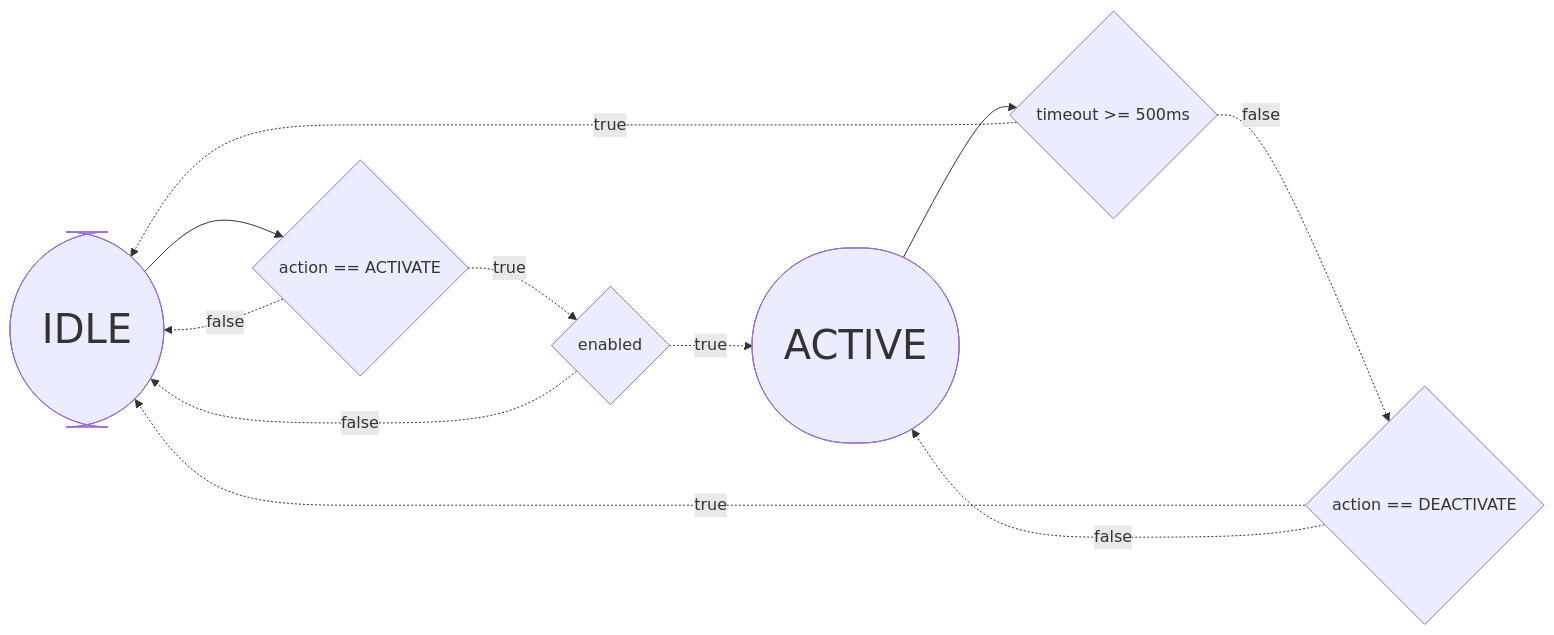
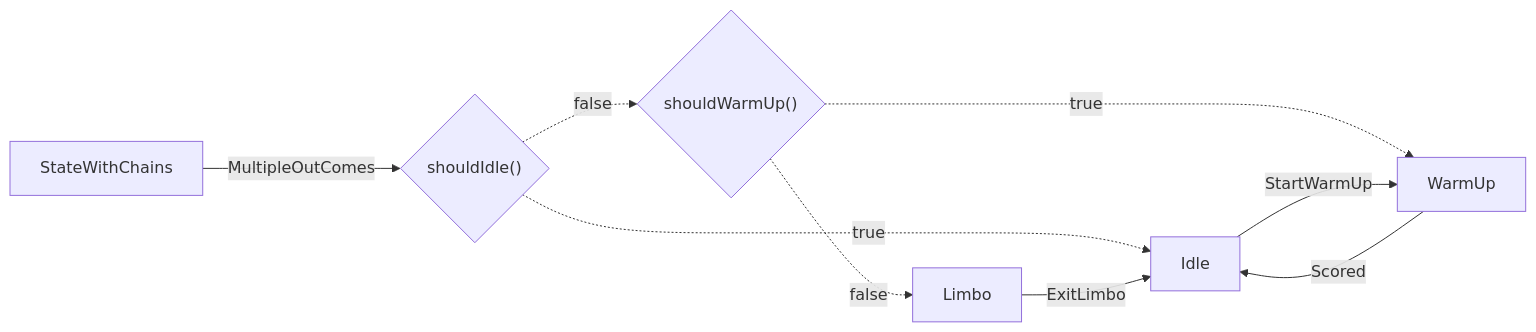
Before and after one commit to aidnem/secretary-of-state: the diagram in README.md, drawn with Mermaid. The commit also changed other lines of this file and 11 other files, not shown here.

````diff
--- a/README.md
+++ b/README.md
@@ -87,24 +66,14 @@
 ```mermaid
 flowchart LR
 
 classDef state font-size:40px,padding:10px
 
-node0:::state
-node0([IDLE])
-node1:::state
-node1([ACTIVE])
-node0 --> node2
-node2{"action == ACTIVATE"}
-node2 -.->|true| node3
-node2 -.->|false| node0
-node3{"enabled"}
-node3 -.->|true| node1
-node3 -.->|false| node0
-node1 --> node4
-node4{"timeout >= 500ms"}
-node4 -.->|true| node0
-node4 -.->|false| node5
-node5{"action == DEACTIVATE"}
-node5 -.->|true| node0
-node5 -.->|false| node1
+    StateWithChains -->|MultipleOutComes| StateWithChainsCondition0{"shouldIdle()"}
+    StateWithChainsCondition0{"shouldIdle()"} -.->|true| Idle
+    StateWithChainsCondition0{"shouldIdle()"} -.->|false| StateWithChainsCondition1{"shouldWarmUp()"}
+    StateWithChainsCondition1{"shouldWarmUp()"} -.->|true| WarmUp
+    StateWithChainsCondition1{"shouldWarmUp()"} -.->|false| Limbo
+    Limbo -->|ExitLimbo| Idle
+    Idle -->|StartWarmUp| WarmUp
+    WarmUp -->|Scored| Idle
 ```
````
